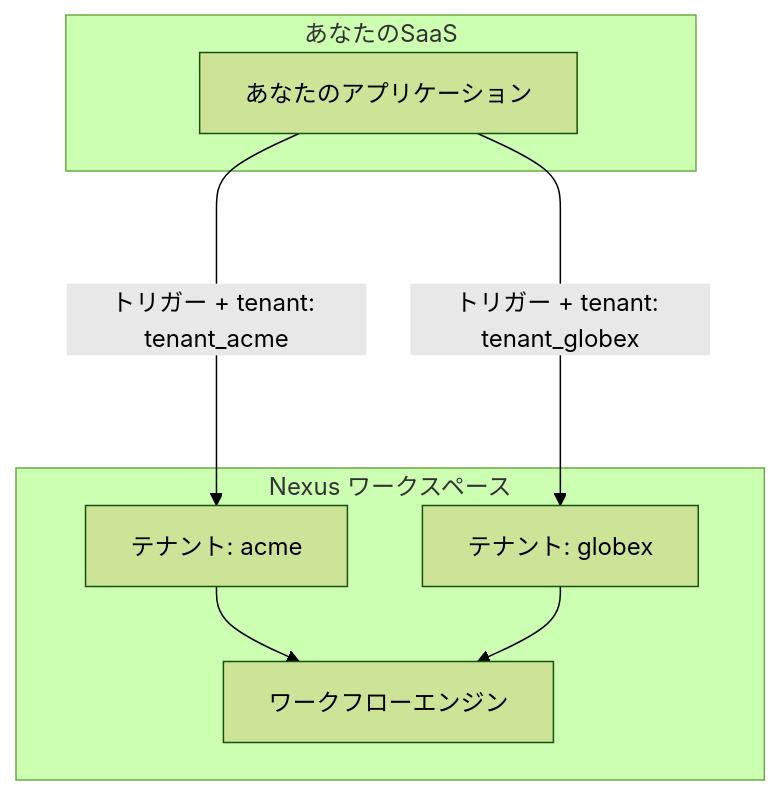
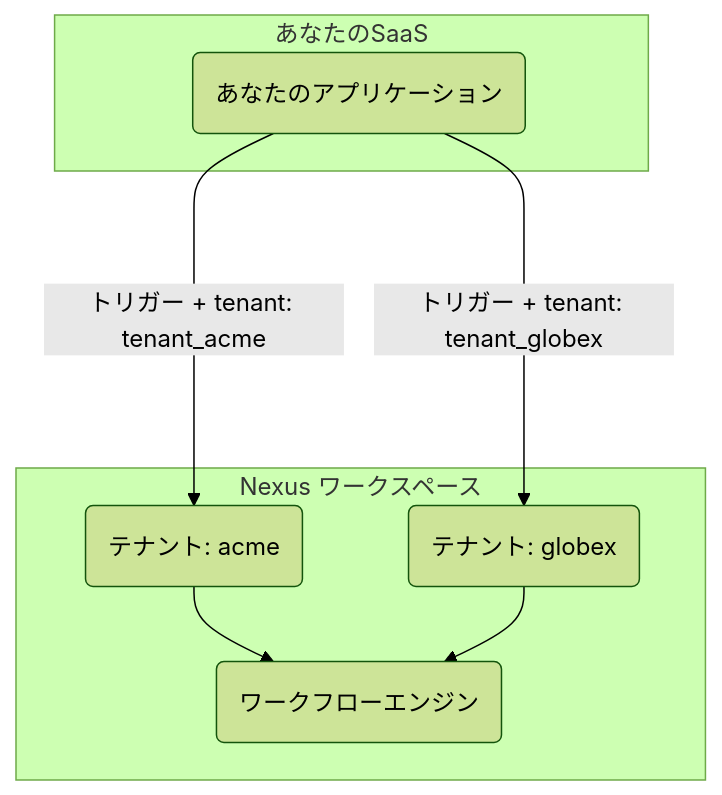
The diagram in content/docs/ja/platform/guides/b2b-multi-tenant.mdx (KriyanshKhunt/nexus_docs), drawn with Mermaid (forest theme) before and after one commit. The commit also changed 20 other files, not shown here.

Commit message:
Handle ja Mermaid charts

````diff
--- a/content/docs/ja/platform/guides/b2b-multi-tenant.mdx
+++ b/content/docs/ja/platform/guides/b2b-multi-tenant.mdx
@@ -14,15 +14,15 @@
 ```mermaid
 flowchart TB
   subgraph Your SaaS [あなたのSaaS]
-    App[あなたのアプリケーション]
+    App(あなたのアプリケーション)
   end
   subgraph Nexus Workspace [Nexus ワークスペース]
-    T1[テナント: acme]
-    T2[テナント: globex]
-    W[ワークフローエンジン]
+    T1(テナント: acme)
+    T2(テナント: globex)
+    W(ワークフローエンジン)
   end
   App ---->|トリガー + tenant: tenant_acme| T1
   App ---->|トリガー + tenant: tenant_globex| T2
   T1 --> W
   T2 --> W
 ```
````
